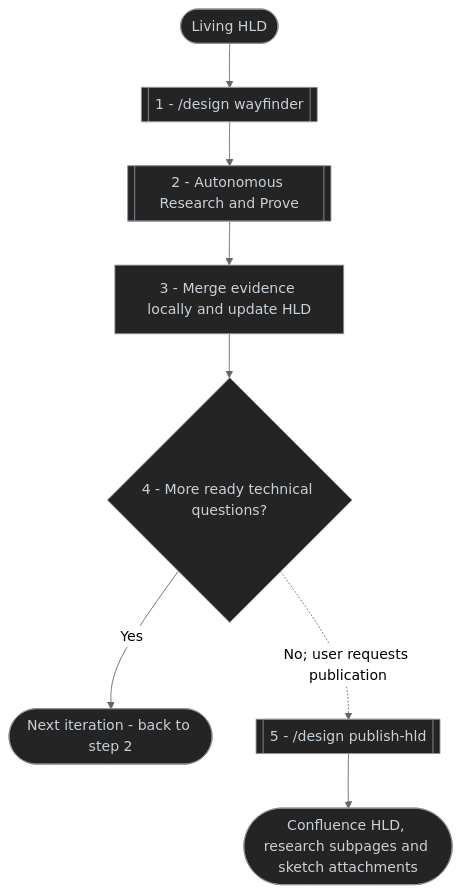
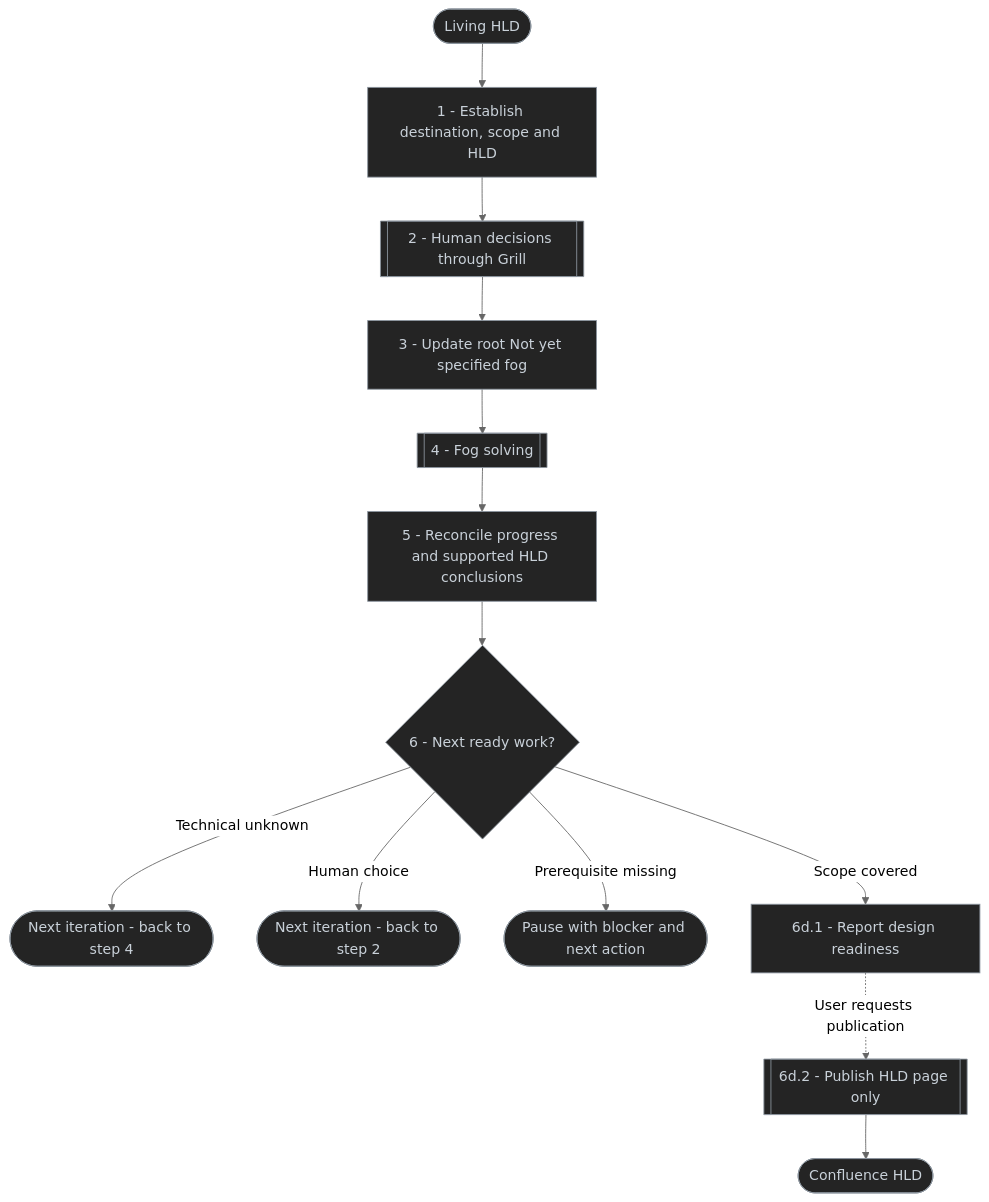
Before and after one commit to antshc/brain: the third of 5 diagrams in plugins/wf/skills/design/README.md, drawn with Mermaid (neutral theme). The commit also changed other lines of this file and 23 other files, not shown here.

First line of the commit message:
feat(design): alternate Wayfinder decisions and evidence work (#385)

````diff
--- a/plugins/wf/skills/design/README.md
+++ b/plugins/wf/skills/design/README.md
@@ -61,19 +63,27 @@
 ```mermaid
 %% diagram-id: design-wayfinder-to-confluence-flow
 flowchart TD
     start(["Living HLD"])
-    wayfinder[["1 - /design wayfinder"]]
-    evidence[["2 - Autonomous Research and Prove"]]
-    hld["3 - Merge evidence locally and update HLD"]
-    questions{"4 - More ready technical questions?"}
-    repeat(["Next iteration - back to step 2"])
-    publish[["5 - /design publish-hld"]]
-    finish(["Confluence HLD, research subpages and sketch attachments"])
+    setup["1 - Establish destination, scope and HLD"]
+    grill[["2 - Human decisions through Grill"]]
+    fog["3 - Update root Not yet specified fog"]
+    helpers[["4 - Fog solving"]]
+    sync["5 - Reconcile progress and supported HLD conclusions"]
+    next{"6 - Next ready work?"}
+    technical(["Next iteration - back to step 4"])
+    human(["Next iteration - back to step 2"])
+    blocked(["Pause with blocker and next action"])
+    ready["6d.1 - Report design readiness"]
+    publish[["6d.2 - Publish HLD page only"]]
+    finish(["Confluence HLD"])
 
-    start --> wayfinder --> evidence --> hld --> questions
-    questions -. "No; user requests publication" .-> publish
+    start --> setup --> grill --> fog --> helpers --> sync --> next
+    next -- "Technical unknown" --> technical
+    next -- "Human choice" --> human
+    next -- "Prerequisite missing" --> blocked
+    next -- "Scope covered" --> ready
+    ready -. "User requests publication" .-> publish
     publish --> finish
-    questions -- "Yes" --> repeat
 
     classDef default fill:#242424,stroke:#8b949e,color:#c9d1d9,stroke-width:1px
 ```
````
